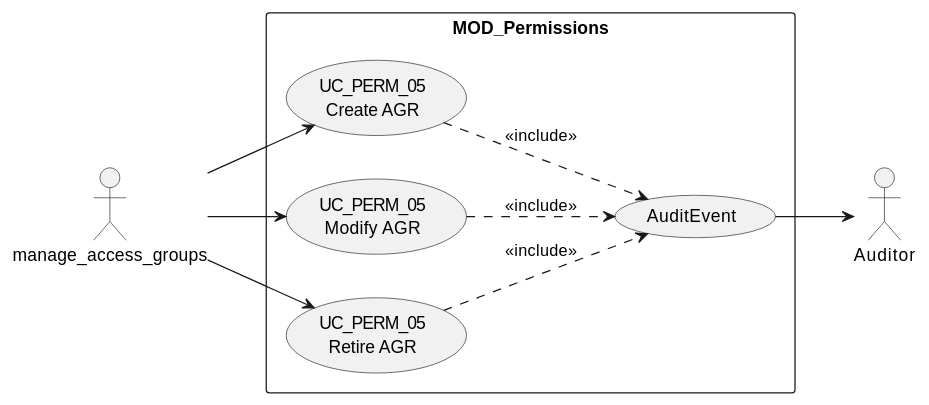
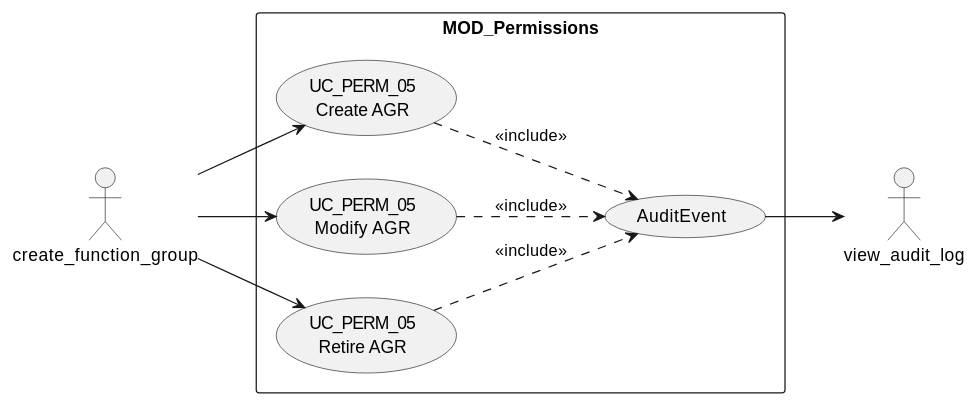
The first of 4 diagrams in source/requisitos/casos-uso/permissions/uc-perm-05/diagramas-uml.rst (jcg-admin/IACT-docs), drawn with PlantUML before and after one commit. The commit also changed other lines of this file and 157 other files, not shown here.

First line of the commit message:
Enforce catalog function names across all diagrams

```diff
--- a/source/requisitos/casos-uso/permissions/uc-perm-05/diagramas-uml.rst
+++ b/source/requisitos/casos-uso/permissions/uc-perm-05/diagramas-uml.rst
@@ -10,25 +10,25 @@
 .. uml::
  :caption: UC_PERM_05 — gestion catalogo AGR
 
  @startuml
  left to right direction
 
- actor "manage_access_groups" as MGR
- actor "Auditor" as AUD
+ actor "create_function_group" as MGR
+ actor "view_audit_log" as AUD
 
  rectangle "MOD_Permissions" {
    usecase "UC_PERM_05\nCreate AGR" as UCCRE
    usecase "UC_PERM_05\nModify AGR" as UCMOD
    usecase "UC_PERM_05\nRetire AGR" as UCRET
    usecase "AuditEvent" as EMI
  }
 
  MGR --> UCCRE
  MGR --> UCMOD
  MGR --> UCRET
  UCCRE ..> EMI : <<include>>
  UCMOD ..> EMI : <<include>>
  UCRET ..> EMI : <<include>>
  EMI --> AUD
 
  @enduml
```
